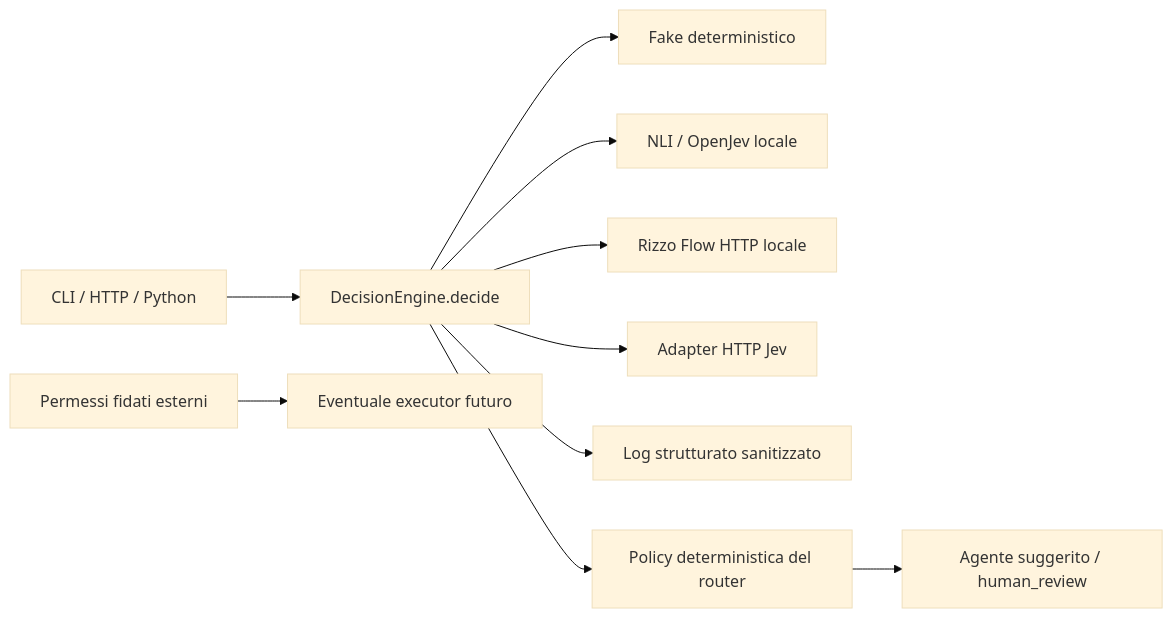
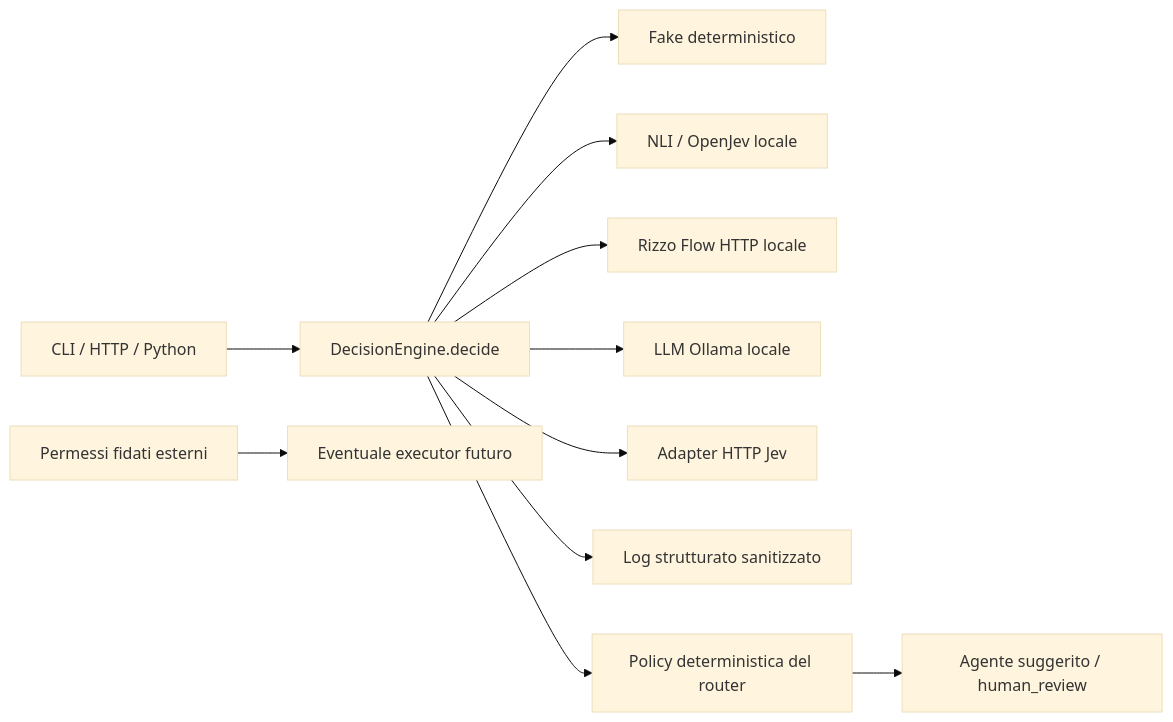
The diagram in docs/ARCHITECTURE.md (zalaso/decision-router), drawn with Mermaid (base theme) before and after one commit. The commit also changed other lines of this file and 17 other files, not shown here.

First line of the commit message:
Add Ollama LLM classifier and fix model recommendation parameters

````diff
--- a/docs/ARCHITECTURE.md
+++ b/docs/ARCHITECTURE.md
@@ -9,12 +9,13 @@
 ```mermaid
 flowchart LR
     Client[CLI / HTTP / Python] --> Engine[DecisionEngine.decide]
     Engine --> Fake[Fake deterministico]
     Engine --> Local[NLI / OpenJev locale]
     Engine --> Rizzo[Rizzo Flow HTTP locale]
+    Engine --> Ollama[LLM Ollama locale]
     Engine --> Cloud[Adapter HTTP Jev]
     Engine --> Audit[Log strutturato sanitizzato]
     Engine --> Policy[Policy deterministica del router]
     Policy --> Suggestion[Agente suggerito / human_review]
     Grants[Permessi fidati esterni] --> Executor[Eventuale executor futuro]
 ```
````
